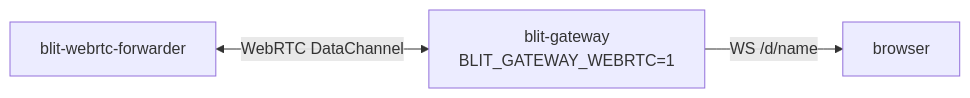
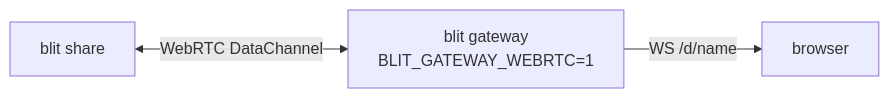
Before and after one commit to indent-com/blit: the sixth of 9 diagrams in docs/transports.md, drawn with Mermaid. The commit also changed other lines of this file and 101 other files, not shown here.

````diff
--- a/docs/transports.md
+++ b/docs/transports.md
@@ -230,5 +230,5 @@
 ```mermaid
 graph LR
-    F["blit-webrtc-forwarder"] <-->|WebRTC DataChannel| G["blit-gateway\nBLIT_GATEWAY_WEBRTC=1"]
+    F["blit share"] <-->|WebRTC DataChannel| G["blit gateway\nBLIT_GATEWAY_WEBRTC=1"]
     G -->|"WS /d/name"| B["browser"]
 ```
````
